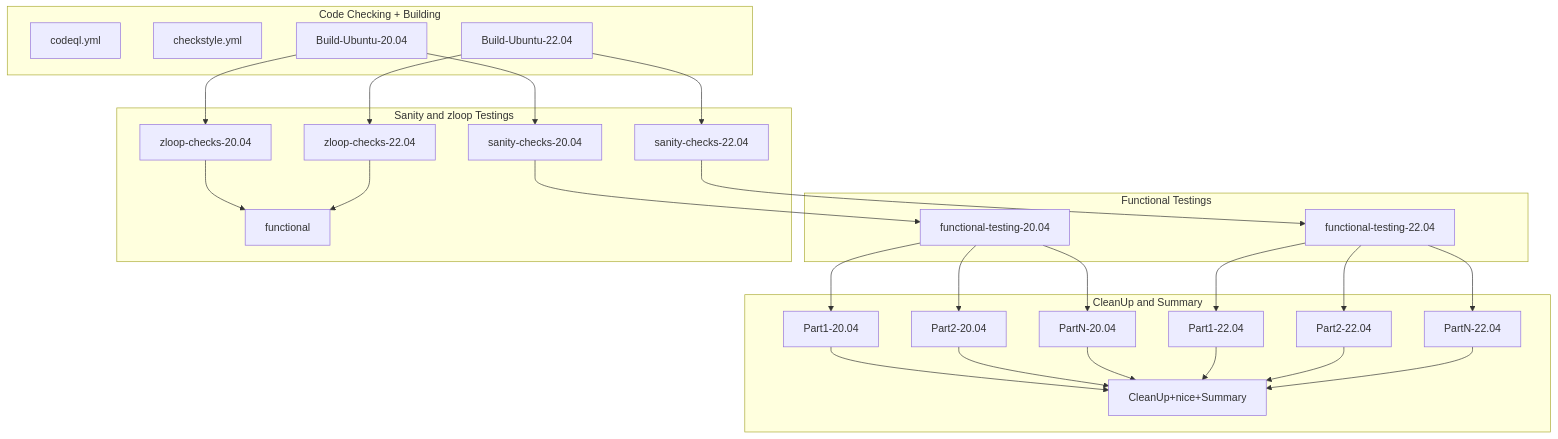
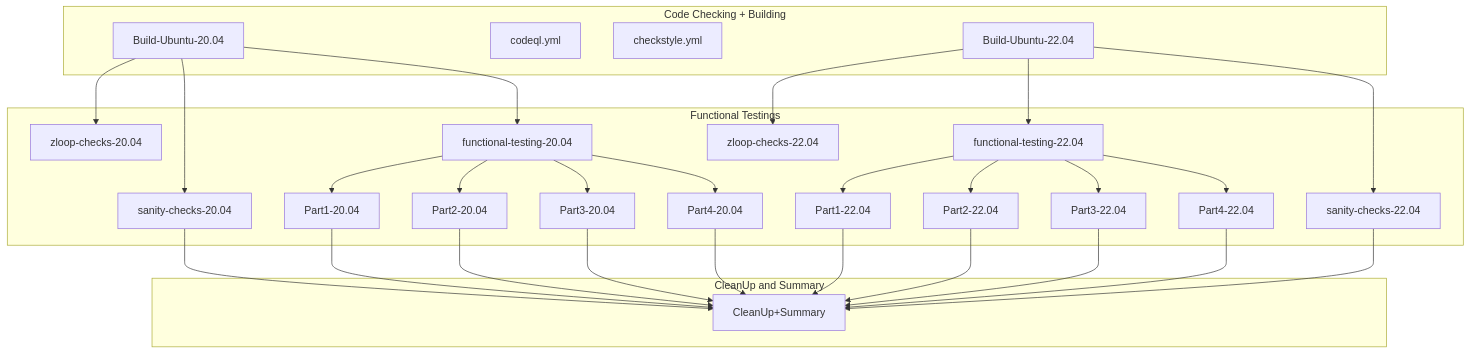
Before and after one commit to mirror/dd-wrt: the diagram in src/router/zfs/.github/workflows/README.md, drawn with Mermaid. The commit also changed other lines of this file and 147 other files, not shown here.

````diff
--- a/src/router/zfs/.github/workflows/README.md
+++ b/src/router/zfs/.github/workflows/README.md
@@ -4,36 +4,46 @@
 ```mermaid
 flowchart TB
 subgraph CleanUp and Summary
-  Part1-20.04-->CleanUp+nice+Summary
-  Part2-20.04-->CleanUp+nice+Summary
-  PartN-20.04-->CleanUp+nice+Summary
-  Part1-22.04-->CleanUp+nice+Summary
-  Part2-22.04-->CleanUp+nice+Summary
-  PartN-22.04-->CleanUp+nice+Summary
+  CleanUp+Summary
 end
 
 subgraph Functional Testings
+  sanity-checks-20.04
+  zloop-checks-20.04
   functional-testing-20.04-->Part1-20.04
   functional-testing-20.04-->Part2-20.04
-  functional-testing-20.04-->PartN-20.04
+  functional-testing-20.04-->Part3-20.04
+  functional-testing-20.04-->Part4-20.04
   functional-testing-22.04-->Part1-22.04
   functional-testing-22.04-->Part2-22.04
-  functional-testing-22.04-->PartN-22.04
-end
-
-subgraph Sanity and zloop Testings
-  sanity-checks-20.04-->functional-testing-20.04
-  sanity-checks-22.04-->functional-testing-22.04
-  zloop-checks-20.04-->functional
-  zloop-checks-22.04-->functional
+  functional-testing-22.04-->Part3-22.04
+  functional-testing-22.04-->Part4-22.04
+  sanity-checks-22.04
+  zloop-checks-22.04
 end
 
 subgraph Code Checking + Building
+  Build-Ubuntu-20.04
   codeql.yml
   checkstyle.yml
+  Build-Ubuntu-22.04
+end
+
   Build-Ubuntu-20.04-->sanity-checks-20.04
+  Build-Ubuntu-20.04-->zloop-checks-20.04
+  Build-Ubuntu-20.04-->functional-testing-20.04
   Build-Ubuntu-22.04-->sanity-checks-22.04
-  Build-Ubuntu-20.04-->zloop-checks-20.04
   Build-Ubuntu-22.04-->zloop-checks-22.04
-end
+  Build-Ubuntu-22.04-->functional-testing-22.04
+
+  sanity-checks-20.04-->CleanUp+Summary
+  Part1-20.04-->CleanUp+Summary
+  Part2-20.04-->CleanUp+Summary
+  Part3-20.04-->CleanUp+Summary
+  Part4-20.04-->CleanUp+Summary
+  Part1-22.04-->CleanUp+Summary
+  Part2-22.04-->CleanUp+Summary
+  Part3-22.04-->CleanUp+Summary
+  Part4-22.04-->CleanUp+Summary
+  sanity-checks-22.04-->CleanUp+Summary
 ```
````
